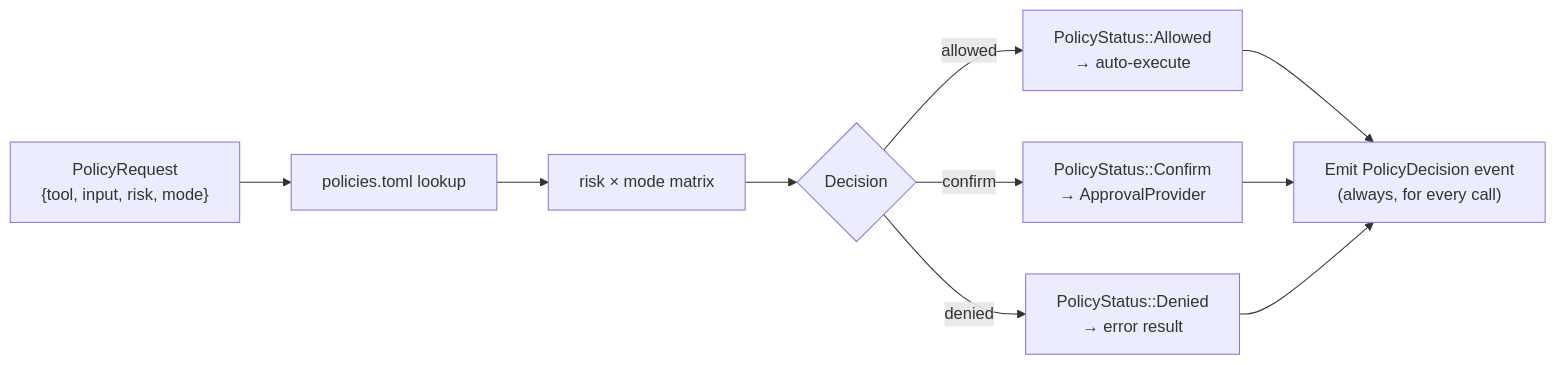
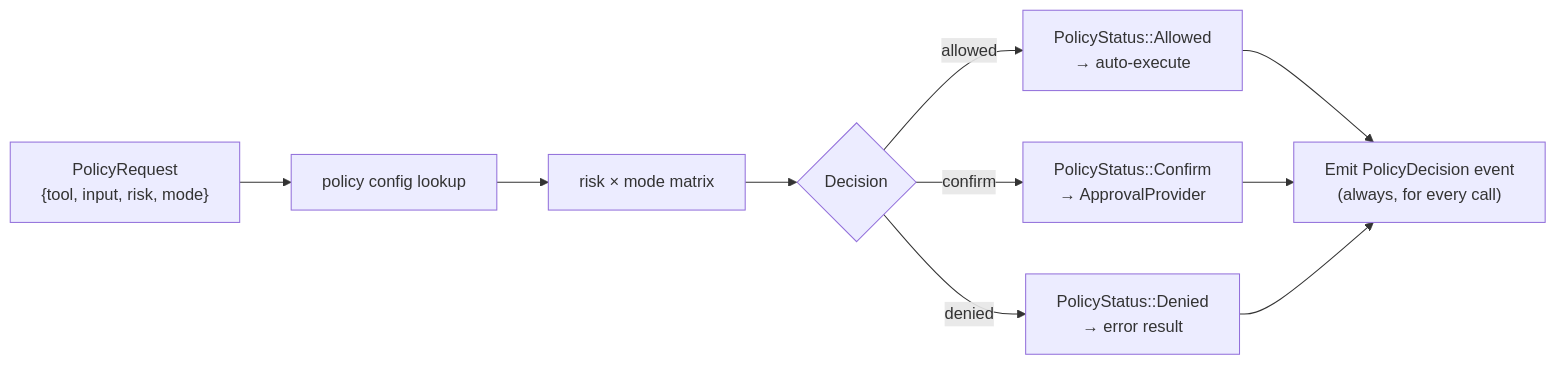
One commit to woshi517/gestalt-harness changed the seventh of 11 diagrams in docs/gestalt-harness-architecture.md. Above: the diagram before and after it, drawn with Mermaid. The commit also changed other lines of this file and 9 other files, not shown here.

````diff
--- a/docs/gestalt-harness-architecture.md
+++ b/docs/gestalt-harness-architecture.md
@@ -1943,18 +1943,18 @@
 ```mermaid
 flowchart LR
     Call["PolicyRequest<br>{tool, input, risk, mode}"]
-    Lookup["policies.toml lookup"]
+    Lookup["policy config lookup"]
     RiskMap["risk × mode matrix"]
     Decision{"Decision"}
 
     Auto["PolicyStatus::Allowed<br>→ auto-execute"]
     Confirm["PolicyStatus::Confirm<br>→ ApprovalProvider"]
     Deny["PolicyStatus::Denied<br>→ error result"]
 
     Emit["Emit PolicyDecision event<br>(always, for every call)"]
 
     Call --> Lookup --> RiskMap --> Decision
     Decision -->|allowed| Auto --> Emit
     Decision -->|confirm| Confirm --> Emit
     Decision -->|denied| Deny --> Emit
 ```
````
